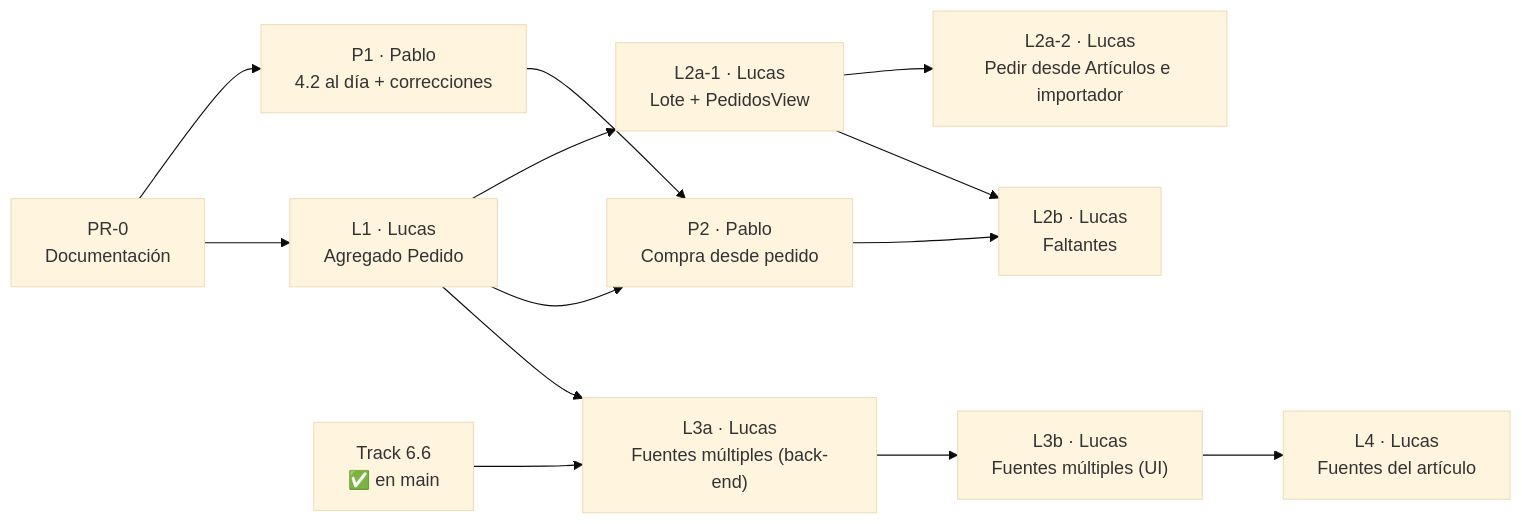
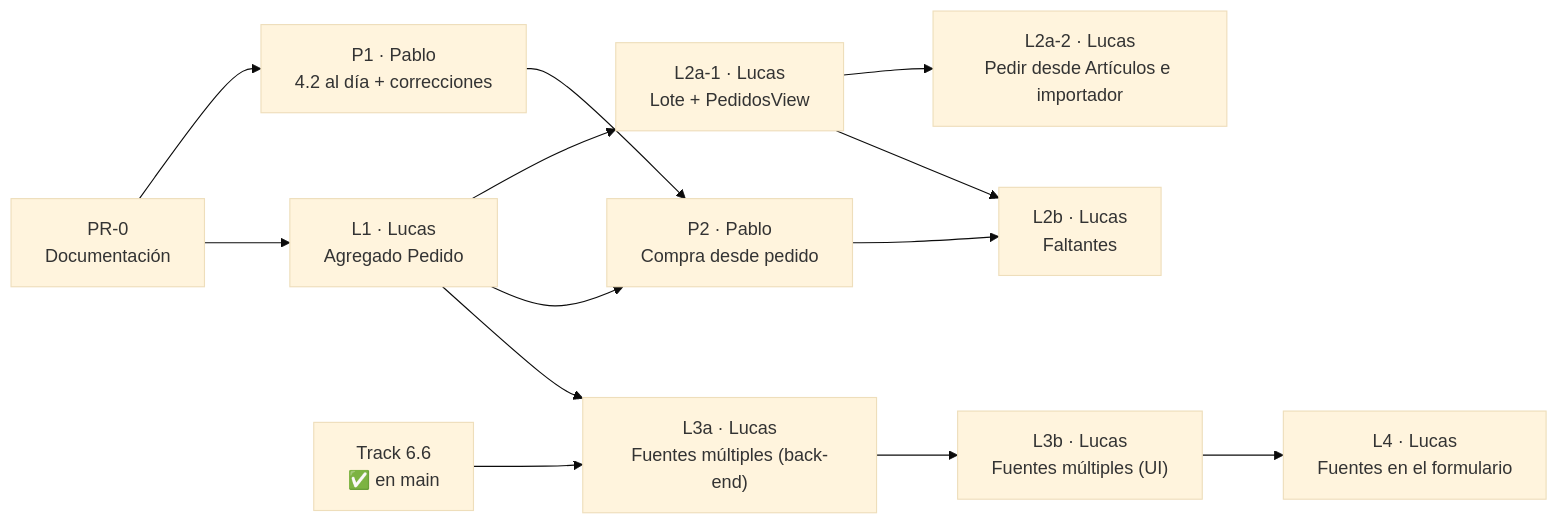
The second of 5 diagrams in docs/roadmap/etapa-4-track-4.3-abastecimiento.md (lucaskruzolek/retail), drawn with Mermaid (base theme) before and after one commit. The commit also changed other lines of this file and 2 other files, not shown here.

First line of the commit message:
docs(abastecimiento): A-19, las fuentes se gestionan en el formulario de artículo; L3b listo para revisión

````diff
--- a/docs/roadmap/etapa-4-track-4.3-abastecimiento.md
+++ b/docs/roadmap/etapa-4-track-4.3-abastecimiento.md
@@ -50,15 +50,15 @@
 ```mermaid
 graph LR
     PR0["PR-0<br/>Documentación"] --> P1["P1 · Pablo<br/>4.2 al día + correcciones"]
     PR0 --> L1["L1 · Lucas<br/>Agregado Pedido"]
     L1 --> L2a1["L2a-1 · Lucas<br/>Lote + PedidosView"]
     L2a1 --> L2a2["L2a-2 · Lucas<br/>Pedir desde Artículos e importador"]
     L1 --> P2["P2 · Pablo<br/>Compra desde pedido"]
     P1 --> P2
     L2a1 --> L2b["L2b · Lucas<br/>Faltantes"]
     P2 --> L2b
     T66["Track 6.6<br/>✅ en main"] --> L3a["L3a · Lucas<br/>Fuentes múltiples (back-end)"]
     L1 --> L3a
     L3a --> L3b["L3b · Lucas<br/>Fuentes múltiples (UI)"]
-    L3b --> L4["L4 · Lucas<br/>Fuentes del artículo"]
+    L3b --> L4["L4 · Lucas<br/>Fuentes en el formulario"]
 ```
````
